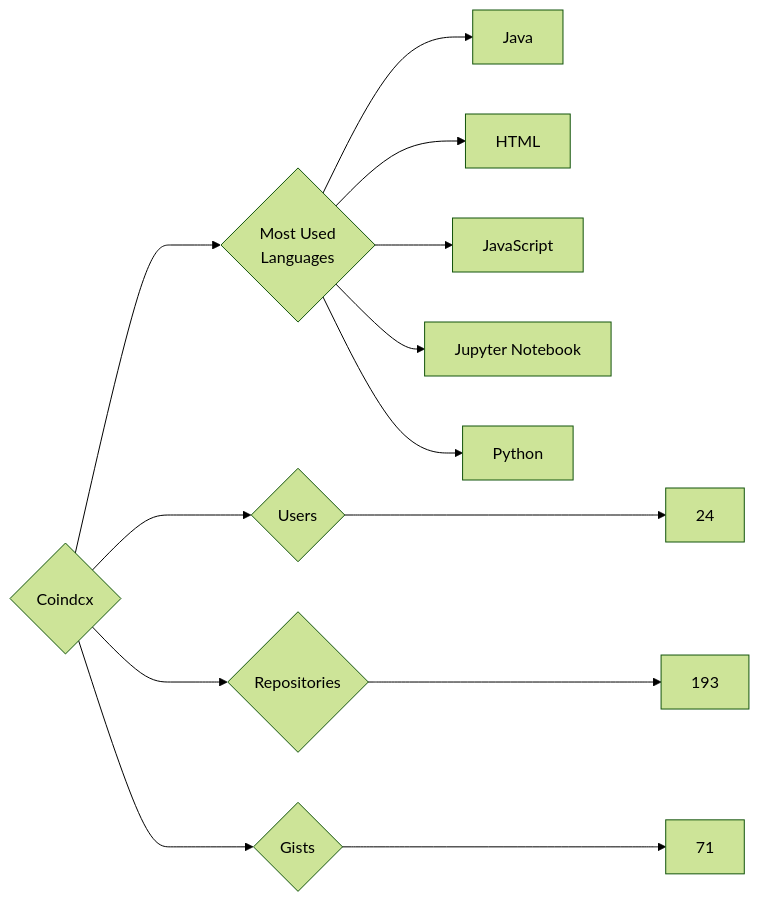
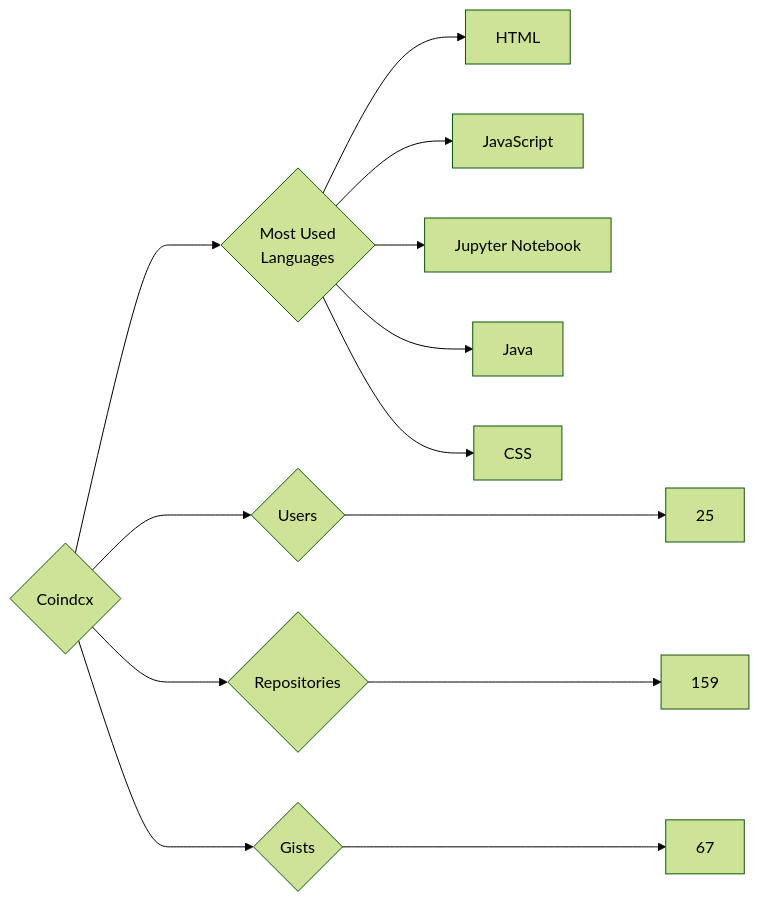
The diagram in targets/Coindcx/README.md (trickest/insiders), drawn with Mermaid (forest theme) before and after one commit. The commit also changed 681 other files, not shown here.

````diff
--- a/targets/Coindcx/README.md
+++ b/targets/Coindcx/README.md
@@ -3,13 +3,13 @@
 ```mermaid
 graph LR
 COMPANY_NAME{Coindcx}
-COMPANY_NAME ---> U{Users} ---> UN[24]
-COMPANY_NAME ---> R{Repositories} ---> RN[193]
-COMPANY_NAME ---> G{Gists} ---> GN[71]
+COMPANY_NAME ---> U{Users} ---> UN[25]
+COMPANY_NAME ---> R{Repositories} ---> RN[159]
+COMPANY_NAME ---> G{Gists} ---> GN[67]
 COMPANY_NAME ---> ML{Most Used<br>Languages}
-ML --> Java[Java]
 ML --> HTML[HTML]
 ML --> JavaScript[JavaScript]
 ML --> Jupyter_Notebook[Jupyter Notebook]
-ML --> Python[Python]
+ML --> Java[Java]
+ML --> CSS[CSS]
 ```
````
